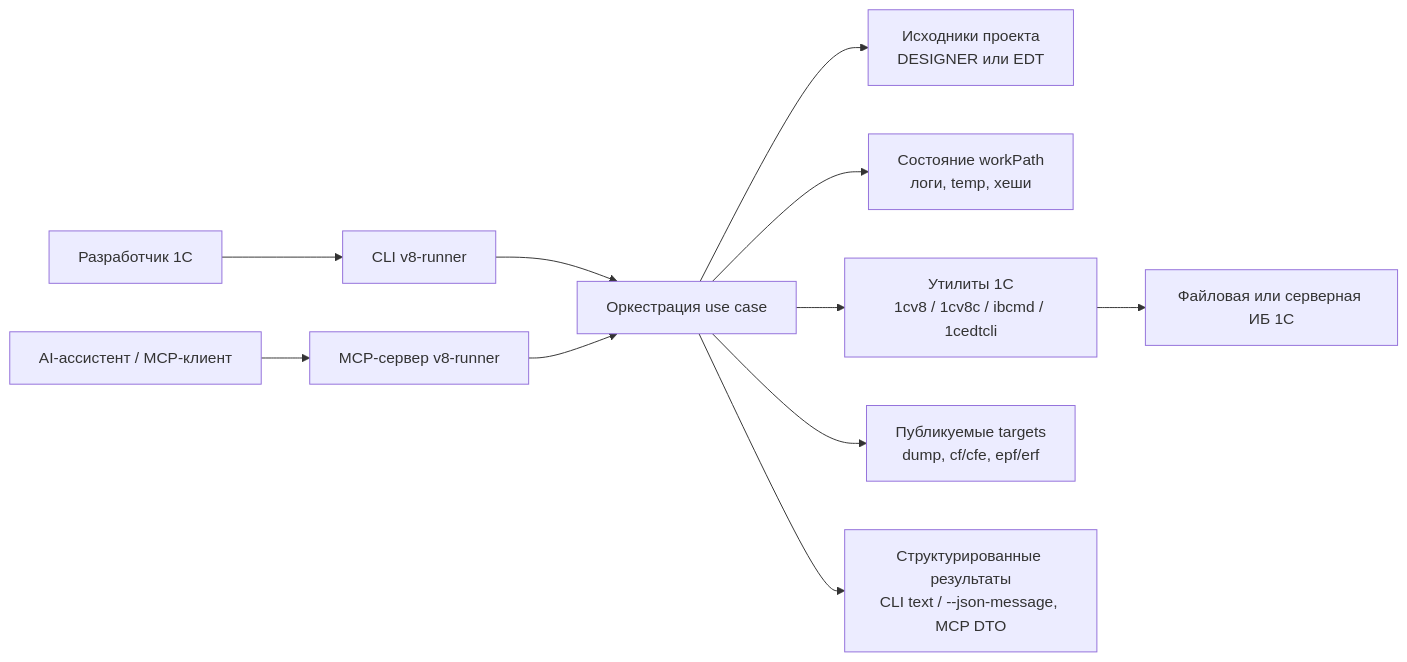
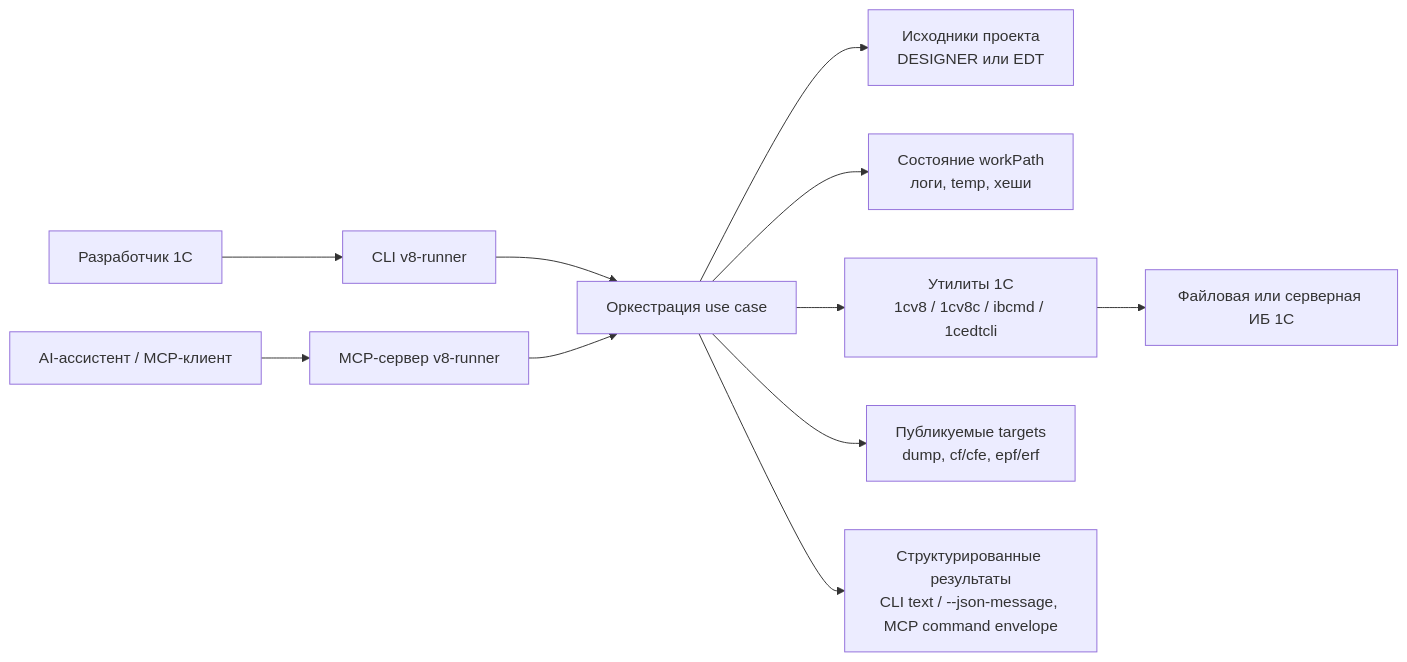
Before and after one commit to SteelMorgan/v8-runner-rust: the diagram in docs/architecture/arc42/03-context-and-scope.md, drawn with Mermaid. The commit also changed other lines of this file and 36 other files, not shown here.

First line of the commit message:
feat(mcp): share command envelopes

````diff
--- a/docs/architecture/arc42/03-context-and-scope.md
+++ b/docs/architecture/arc42/03-context-and-scope.md
@@ -7,13 +7,13 @@
 ```mermaid
 flowchart LR
     Developer["Разработчик 1С"] --> CLI["CLI v8-runner"]
     Assistant["AI-ассистент / MCP-клиент"] --> MCP["MCP-сервер v8-runner"]
     CLI --> Core["Оркестрация use case"]
     MCP --> Core
     Core --> Sources["Исходники проекта\nDESIGNER или EDT"]
     Core --> Work["Состояние workPath\nлоги, temp, хеши"]
     Core --> Utilities["Утилиты 1С\n1cv8 / 1cv8c / ibcmd / 1cedtcli"]
     Utilities --> Infobase["Файловая или серверная ИБ 1С"]
     Core --> Targets["Публикуемые targets\ndump, cf/cfe, epf/erf"]
-    Core --> Reports["Структурированные результаты\nCLI text / --json-message, MCP DTO"]
+    Core --> Reports["Структурированные результаты\nCLI text / --json-message, MCP command envelope"]
 ```
````
